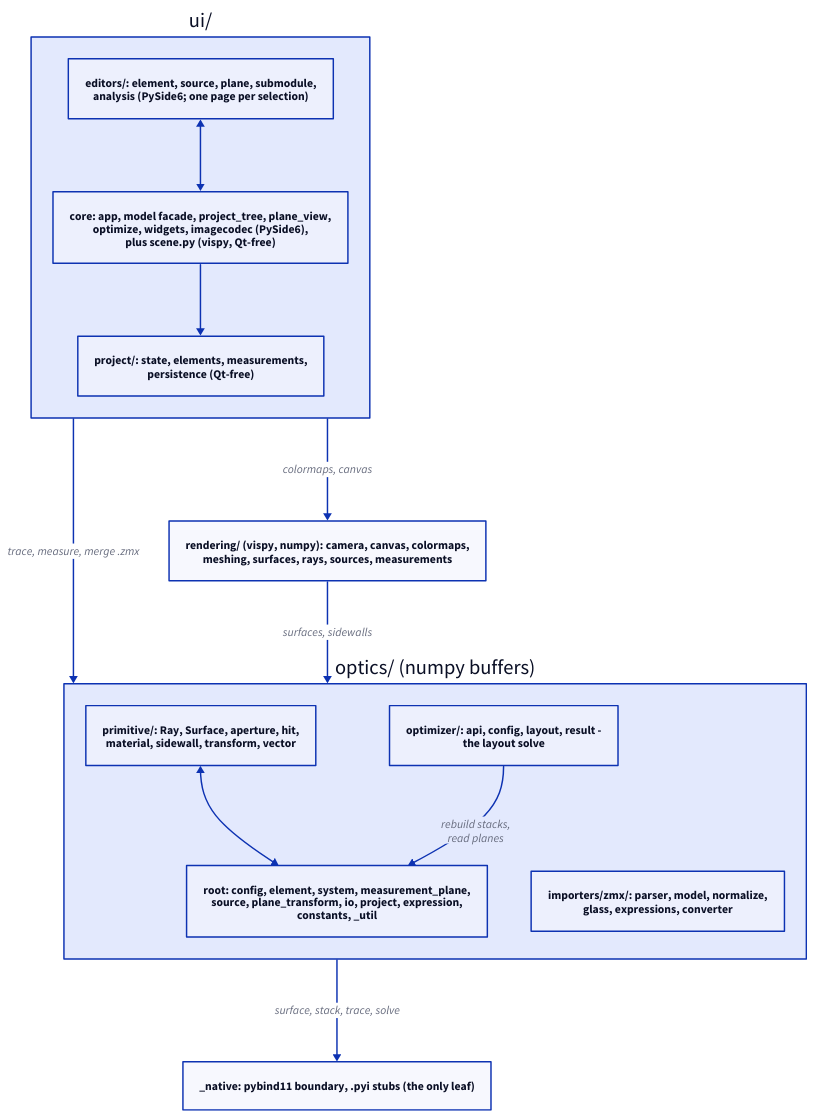
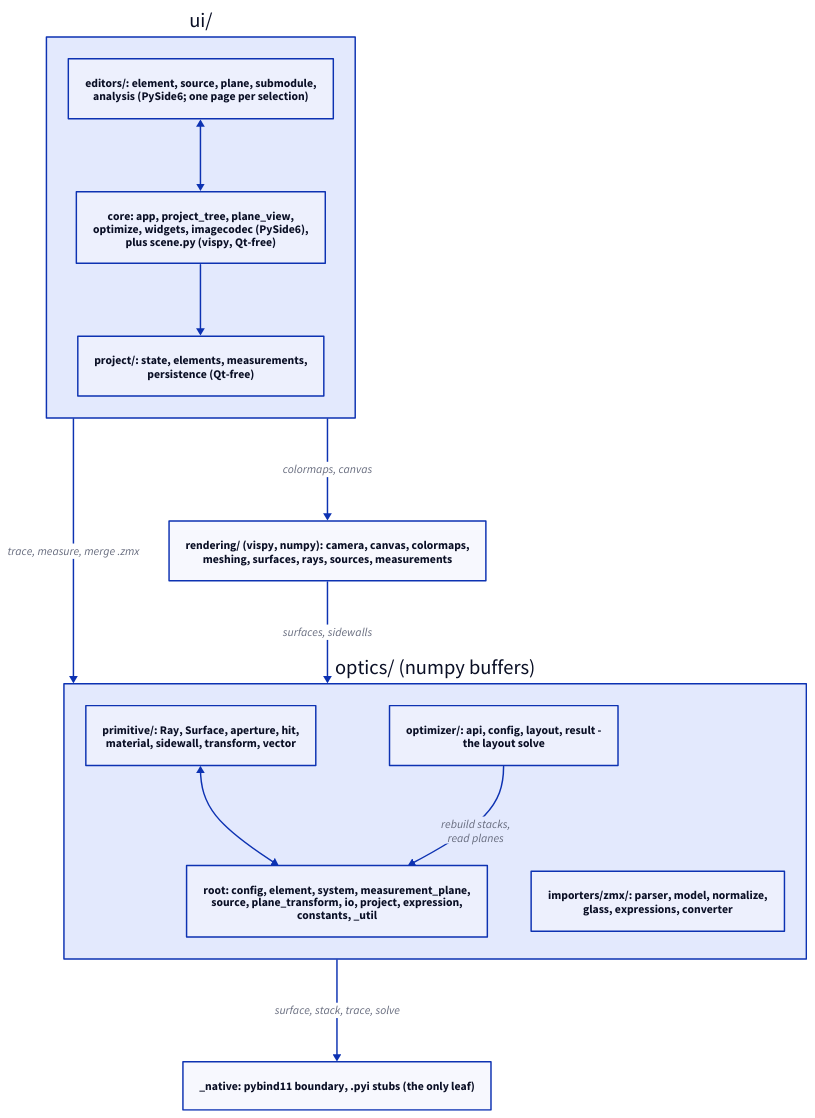
Before and after one commit to propane865/OpticsSimulator: the diagram in docs/diagrams/python-dependencies.d2, drawn with D2. The commit also changed 93 other files, not shown here.

```diff
--- a/docs/diagrams/python-dependencies.d2
+++ b/docs/diagrams/python-dependencies.d2
@@ -1,31 +1,31 @@
 direction: down
 
 ui: "ui/" {
   direction: right
   ed: "editors/: element, source, plane, submodule,\nanalysis (PySide6; one page per selection)"
-  core: "core: app, model facade, project_tree, plane_view,\noptimize, widgets, imagecodec (PySide6),\nplus scene.py (vispy, Qt-free)"
+  core: "core: app, project_tree, plane_view,\noptimize, widgets, imagecodec (PySide6),\nplus scene.py (vispy, Qt-free)"
   proj: "project/: state, elements, measurements,\npersistence (Qt-free)"
 
   ed <-> core
   core -> proj
 }
 
 rendering: "rendering/ (vispy, numpy): camera, canvas, colormaps,\nmeshing, surfaces, rays, sources, measurements"
 
 optics: "optics/ (numpy buffers)" {
   direction: right
   prim: "primitive/: Ray, Surface, aperture, hit,\nmaterial, sidewall, transform, vector"
   root: "root: config, element, system, measurement_plane,\nsource, plane_transform, io, project, expression,\nconstants, _util"
   opt: "optimizer/: api, config, layout, result -\nthe layout solve"
   imp: "importers/zmx/: parser, model, normalize,\nglass, expressions, converter"
 
   prim <-> root
   opt -> root: "rebuild stacks,\nread planes"
 }
 
 abi: "_native: pybind11 boundary, .pyi stubs (the only leaf)"
 
 ui -> rendering: "colormaps, canvas"
 ui -> optics: "trace, measure, merge .zmx"
 rendering -> optics: "surfaces, sidewalls"
 optics -> abi: "surface, stack, trace, solve"
```
